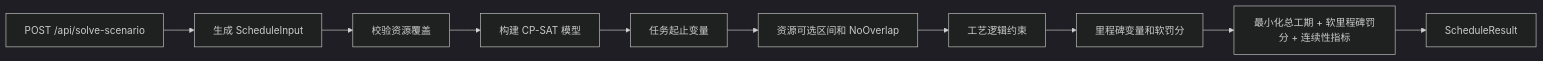
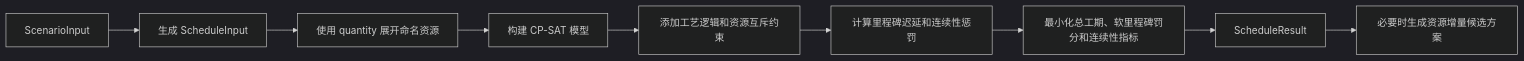
The fifth of 9 diagrams in docs/project-scheduling-system-overview.md (Lili-big/projectScheduling), drawn with Mermaid (dark theme) before and after one commit. The commit also changed other lines of this file and 4 other files, not shown here.

````diff
--- a/docs/project-scheduling-system-overview.md
+++ b/docs/project-scheduling-system-overview.md
@@ -221,12 +252,11 @@
 ```mermaid
 flowchart LR
-  A["POST /api/solve-scenario"] --> B["生成 ScheduleInput"]
-  B --> C["校验资源覆盖"]
+  A["ScenarioInput"] --> B["生成 ScheduleInput"]
+  B --> C["使用 quantity 展开命名资源"]
   C --> D["构建 CP-SAT 模型"]
-  D --> E["任务起止变量"]
-  E --> F["资源可选区间和 NoOverlap"]
-  F --> G["工艺逻辑约束"]
-  G --> H["里程碑变量和软罚分"]
-  H --> I["最小化总工期 + 软里程碑罚分 + 连续性指标"]
-  I --> J["ScheduleResult"]
+  D --> E["添加工艺逻辑和资源互斥约束"]
+  E --> F["计算里程碑迟延和连续性惩罚"]
+  F --> G["最小化总工期、软里程碑罚分和连续性指标"]
+  G --> H["ScheduleResult"]
+  H --> I["必要时生成资源增量候选方案"]
 ```
````
